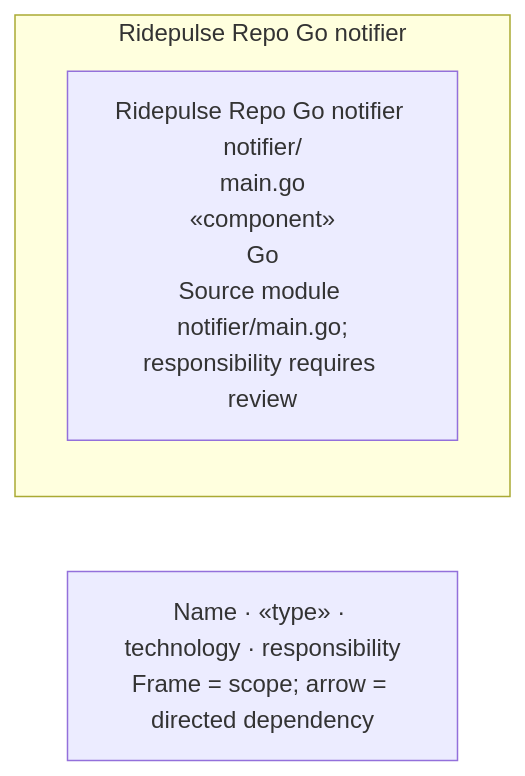
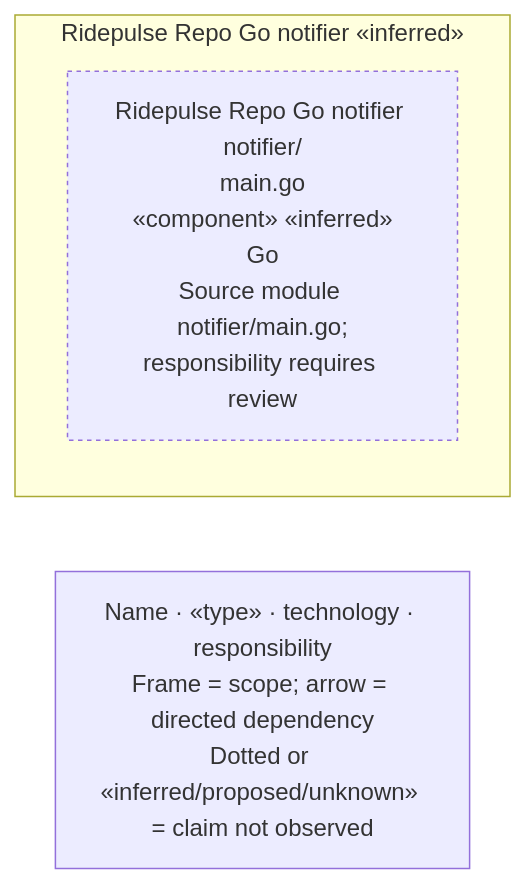
The diagram in examples/ride-dispatch/from-source-code/analysis/03-components/component-ridepulse-repo-go-notifier.mmd (tyler59simon/architecture-suite-plugin), drawn with Mermaid before and after one commit. The commit also changed 363 other files, not shown here.

```diff
--- a/examples/ride-dispatch/from-source-code/analysis/03-components/component-ridepulse-repo-go-notifier.mmd
+++ b/examples/ride-dispatch/from-source-code/analysis/03-components/component-ridepulse-repo-go-notifier.mmd
@@ -1,6 +1,8 @@
 %% Architecture Suite schema 2.0; portable layout is independent of ELK
 flowchart LR
-  subgraph n0["Ridepulse Repo Go notifier"]
-    n1["Ridepulse Repo Go notifier notifier/#10;main.go#10;«component»#10;Go#10;Source module notifier/main.go;#10;responsibility requires review"]
+  subgraph n0["Ridepulse Repo Go notifier#10;«inferred»"]
+    n1["Ridepulse Repo Go notifier notifier/#10;main.go#10;«component» «inferred»#10;Go#10;Source module notifier/main.go;#10;responsibility requires review"]
   end
-  notation_key["Name · «type» · technology · responsibility#10;Frame = scope; arrow = directed dependency"]
+  classDef claim stroke-dasharray:3 3
+  class n1 claim
+  notation_key["Name · «type» · technology · responsibility#10;Frame = scope; arrow = directed dependency#10;Dotted or «inferred/proposed/unknown» = claim not observed"]
```
